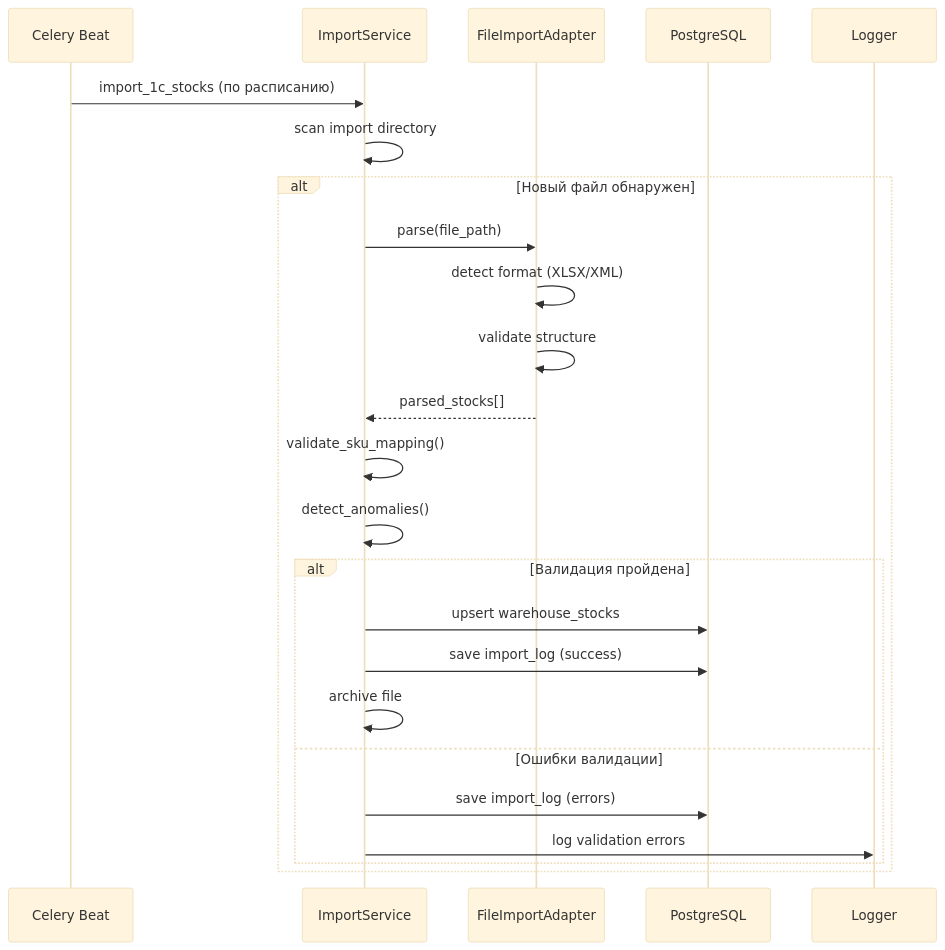
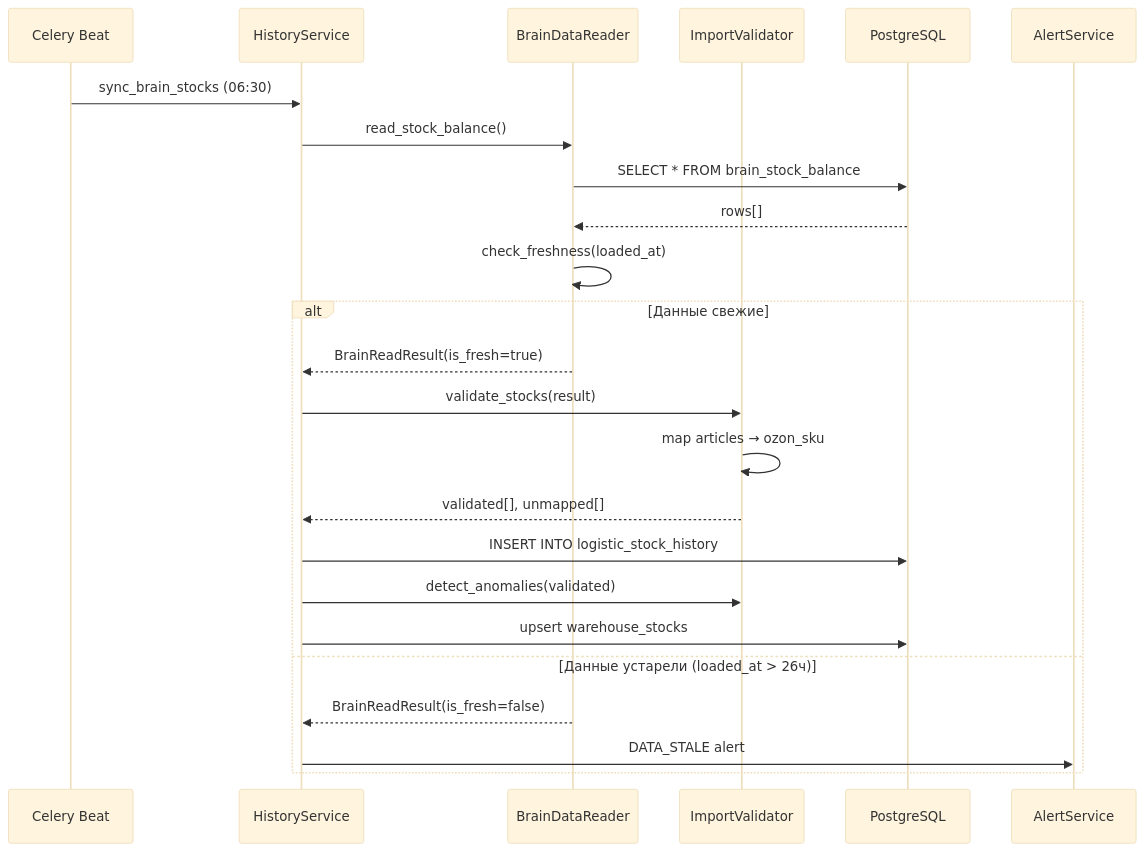
One commit to Sign25/Docs changed the third of 11 diagrams in logistic/adolf_logistic_1_architecture.md. Above: the diagram before and after it, drawn with Mermaid (base theme). The commit also changed other lines of this file, not shown here.

Commit message:
Logistic Раздел 1: v2.1 — архитектура с brain_* вместо файлового импорта

````diff
--- a/logistic/adolf_logistic_1_architecture.md
+++ b/logistic/adolf_logistic_1_architecture.md
@@ -174,30 +174,28 @@
 ```mermaid
 sequenceDiagram
     participant CELERY as Celery Beat
-    participant IMPORT as ImportService
-    participant FILE as FileImportAdapter
+    participant HISTORY as HistoryService
+    participant READER as BrainDataReader
+    participant VALIDATOR as ImportValidator
     participant PG as PostgreSQL
-    participant LOG as Logger
+    participant ALERT as AlertService
     
-    CELERY->>IMPORT: import_1c_stocks (по расписанию)
-    IMPORT->>IMPORT: scan import directory
+    CELERY->>HISTORY: sync_brain_stocks (06:30)
+    HISTORY->>READER: read_stock_balance()
+    READER->>PG: SELECT * FROM brain_stock_balance
+    PG-->>READER: rows[]
+    READER->>READER: check_freshness(loaded_at)
     
-    alt Новый файл обнаружен
-        IMPORT->>FILE: parse(file_path)
-        FILE->>FILE: detect format (XLSX/XML)
-        FILE->>FILE: validate structure
-        FILE-->>IMPORT: parsed_stocks[]
-        
-        IMPORT->>IMPORT: validate_sku_mapping()
-        IMPORT->>IMPORT: detect_anomalies()
-        
-        alt Валидация пройдена
-            IMPORT->>PG: upsert warehouse_stocks
-            IMPORT->>PG: save import_log (success)
-            IMPORT->>IMPORT: archive file
-        else Ошибки валидации
-            IMPORT->>PG: save import_log (errors)
-            IMPORT->>LOG: log validation errors
-        end
+    alt Данные свежие
+        READER-->>HISTORY: BrainReadResult(is_fresh=true)
+        HISTORY->>VALIDATOR: validate_stocks(result)
+        VALIDATOR->>VALIDATOR: map articles → ozon_sku
+        VALIDATOR-->>HISTORY: validated[], unmapped[]
+        HISTORY->>PG: INSERT INTO logistic_stock_history
+        HISTORY->>VALIDATOR: detect_anomalies(validated)
+        HISTORY->>PG: upsert warehouse_stocks
+    else Данные устарели (loaded_at > 26ч)
+        READER-->>HISTORY: BrainReadResult(is_fresh=false)
+        HISTORY->>ALERT: DATA_STALE alert
     end
 ```
````
